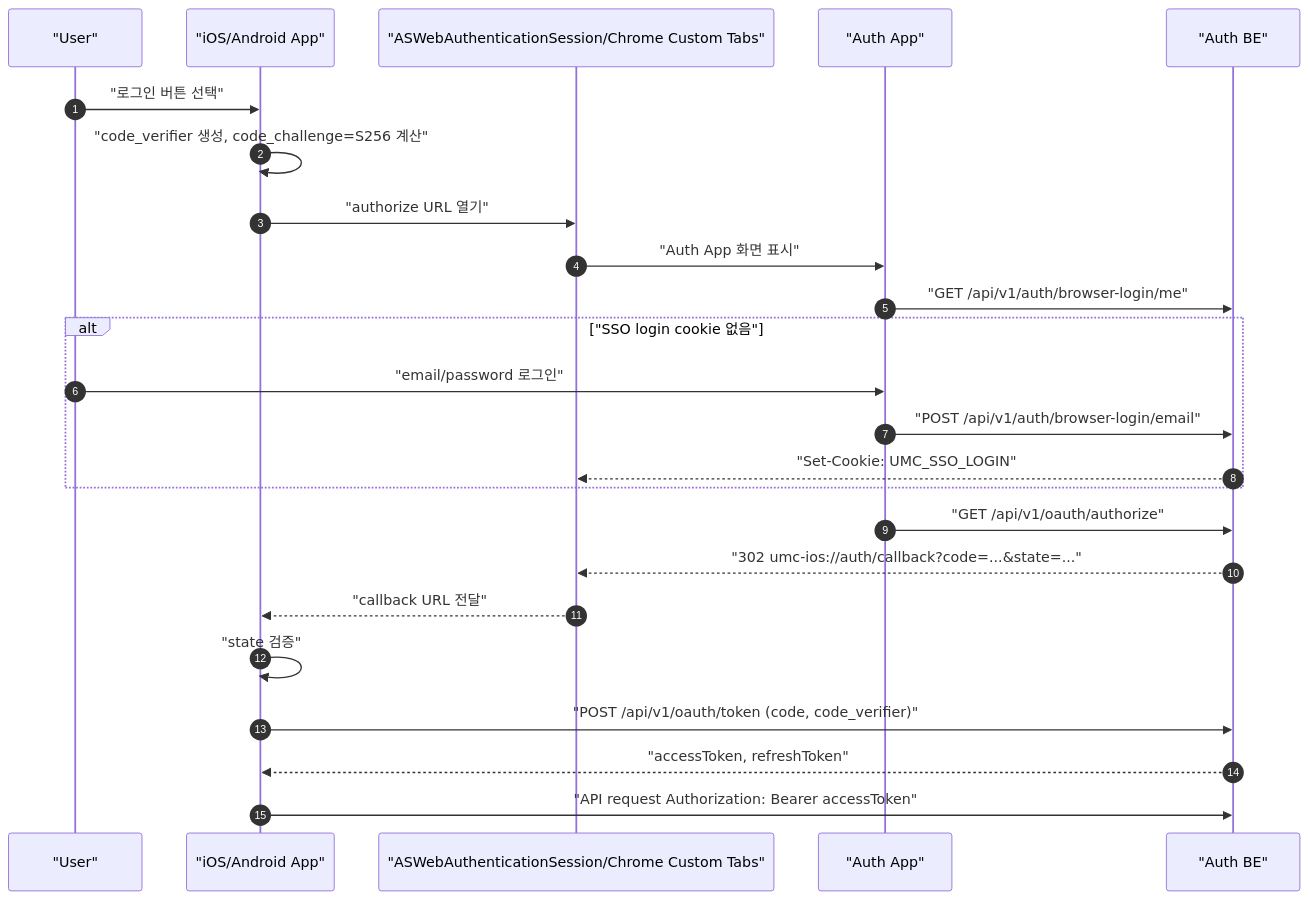
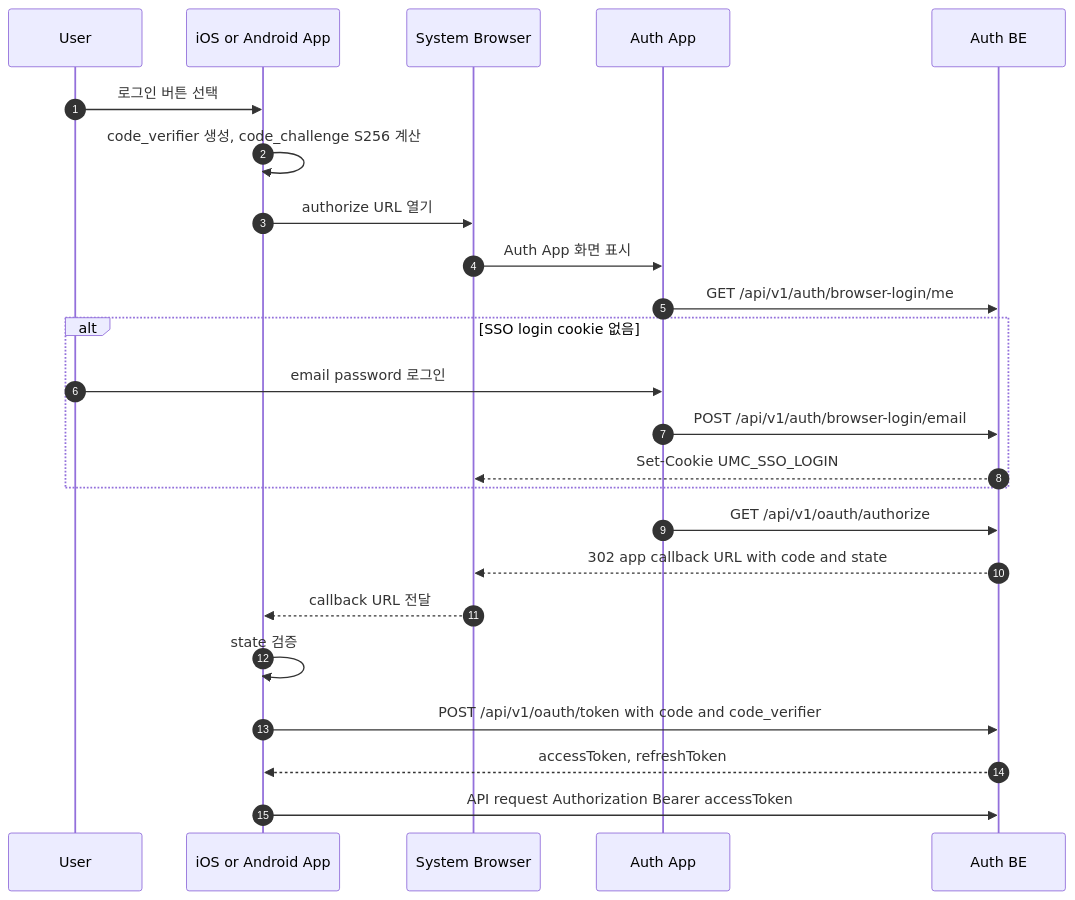
One commit to UMC-PRODUCT/umc-product-server changed the third of 3 diagrams in docs/onboarding/sso-authentication-flow.md. Above: the diagram before and after it, drawn with Mermaid. The commit also changed other lines of this file, not shown here.

Commit message:
docs: fix sso mermaid sequence syntax

````diff
--- a/docs/onboarding/sso-authentication-flow.md
+++ b/docs/onboarding/sso-authentication-flow.md
@@ -98,27 +98,27 @@
 ```mermaid
 sequenceDiagram
     autonumber
-    participant User as "User"
-    participant App as "iOS/Android App"
-    participant SystemBrowser as "ASWebAuthenticationSession/Chrome Custom Tabs"
-    participant AuthApp as "Auth App"
-    participant AuthBE as "Auth BE"
+    participant User as User
+    participant App as iOS or Android App
+    participant SystemBrowser as System Browser
+    participant AuthApp as Auth App
+    participant AuthBE as Auth BE
 
-    User->>App: "로그인 버튼 선택"
-    App->>App: "code_verifier 생성, code_challenge=S256 계산"
-    App->>SystemBrowser: "authorize URL 열기"
-    SystemBrowser->>AuthApp: "Auth App 화면 표시"
-    AuthApp->>AuthBE: "GET /api/v1/auth/browser-login/me"
-    alt "SSO login cookie 없음"
-        User->>AuthApp: "email/password 로그인"
-        AuthApp->>AuthBE: "POST /api/v1/auth/browser-login/email"
-        AuthBE-->>SystemBrowser: "Set-Cookie: UMC_SSO_LOGIN"
+    User->>App: 로그인 버튼 선택
+    App->>App: code_verifier 생성, code_challenge S256 계산
+    App->>SystemBrowser: authorize URL 열기
+    SystemBrowser->>AuthApp: Auth App 화면 표시
+    AuthApp->>AuthBE: GET /api/v1/auth/browser-login/me
+    alt SSO login cookie 없음
+        User->>AuthApp: email password 로그인
+        AuthApp->>AuthBE: POST /api/v1/auth/browser-login/email
+        AuthBE-->>SystemBrowser: Set-Cookie UMC_SSO_LOGIN
     end
-    AuthApp->>AuthBE: "GET /api/v1/oauth/authorize"
-    AuthBE-->>SystemBrowser: "302 umc-ios://auth/callback?code=...&state=..."
-    SystemBrowser-->>App: "callback URL 전달"
-    App->>App: "state 검증"
-    App->>AuthBE: "POST /api/v1/oauth/token (code, code_verifier)"
-    AuthBE-->>App: "accessToken, refreshToken"
-    App->>AuthBE: "API request Authorization: Bearer accessToken"
+    AuthApp->>AuthBE: GET /api/v1/oauth/authorize
+    AuthBE-->>SystemBrowser: 302 app callback URL with code and state
+    SystemBrowser-->>App: callback URL 전달
+    App->>App: state 검증
+    App->>AuthBE: POST /api/v1/oauth/token with code and code_verifier
+    AuthBE-->>App: accessToken, refreshToken
+    App->>AuthBE: API request Authorization Bearer accessToken
 ```
````
